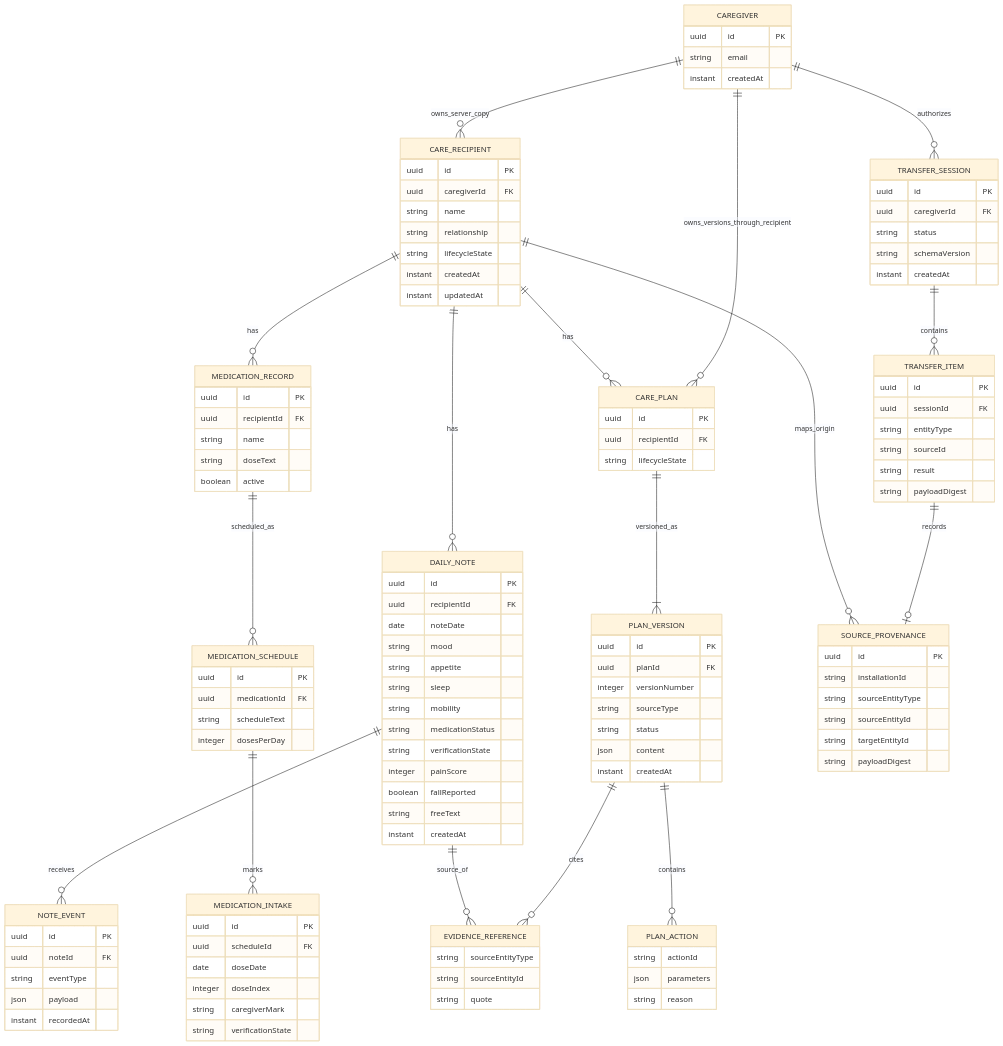
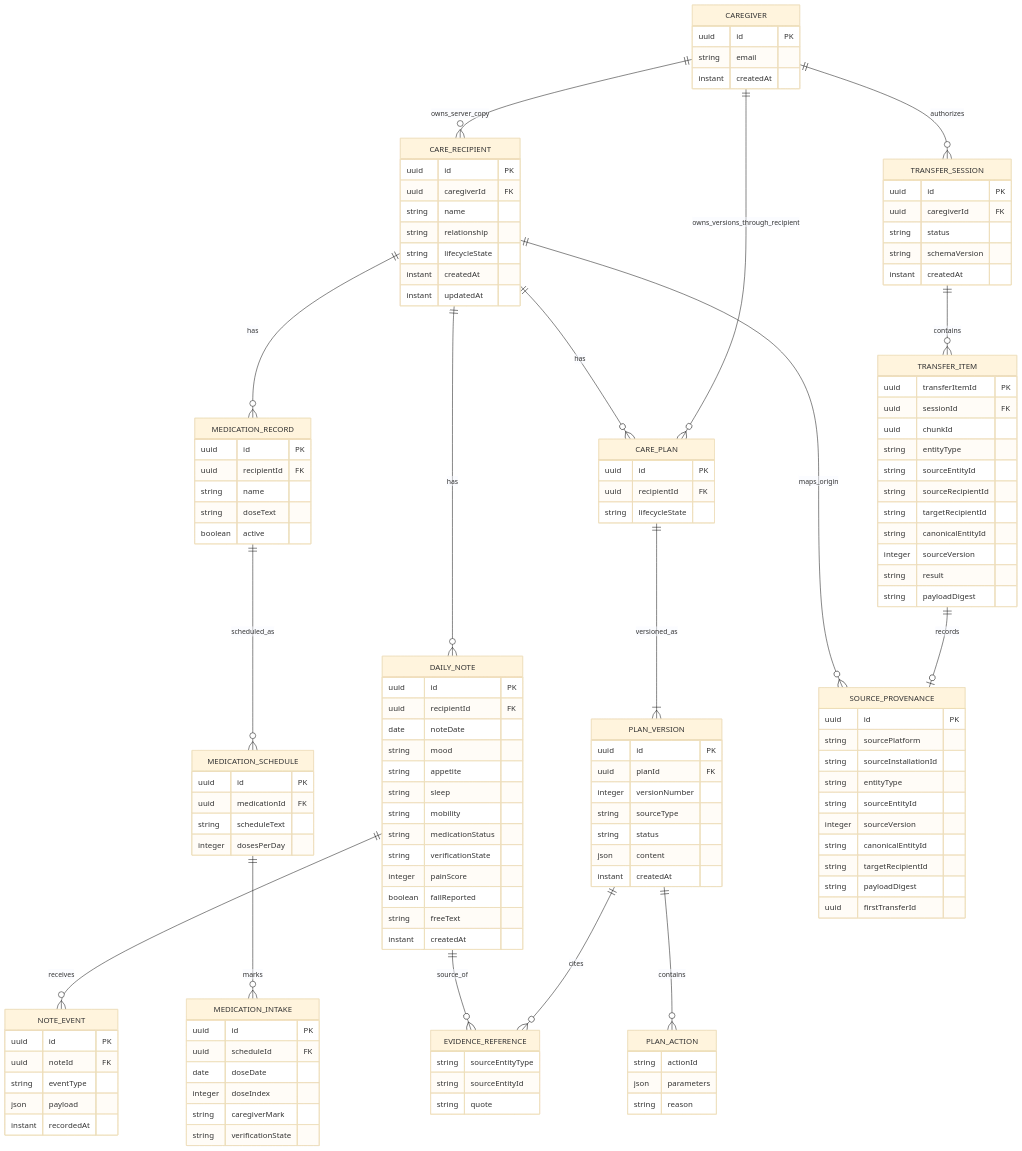
The fifth of 9 diagrams in docs/product-alignment/phase-2/README.md (alaa157/caregiver-daily-notes), drawn with Mermaid (base theme) before and after one commit. The commit also changed other lines of this file, not shown here.

````diff
--- a/docs/product-alignment/phase-2/README.md
+++ b/docs/product-alignment/phase-2/README.md
@@ -1400,19 +1446,28 @@
     instant createdAt
   }
   TRANSFER_ITEM {
-    uuid id PK
+    uuid transferItemId PK
     uuid sessionId FK
+    uuid chunkId
     string entityType
-    string sourceId
+    string sourceEntityId
+    string sourceRecipientId
+    string targetRecipientId
+    string canonicalEntityId
+    integer sourceVersion
     string result
     string payloadDigest
   }
   SOURCE_PROVENANCE {
     uuid id PK
-    string installationId
-    string sourceEntityType
+    string sourcePlatform
+    string sourceInstallationId
+    string entityType
     string sourceEntityId
-    string targetEntityId
+    integer sourceVersion
+    string canonicalEntityId
+    string targetRecipientId
     string payloadDigest
+    uuid firstTransferId
   }
 ```
````
